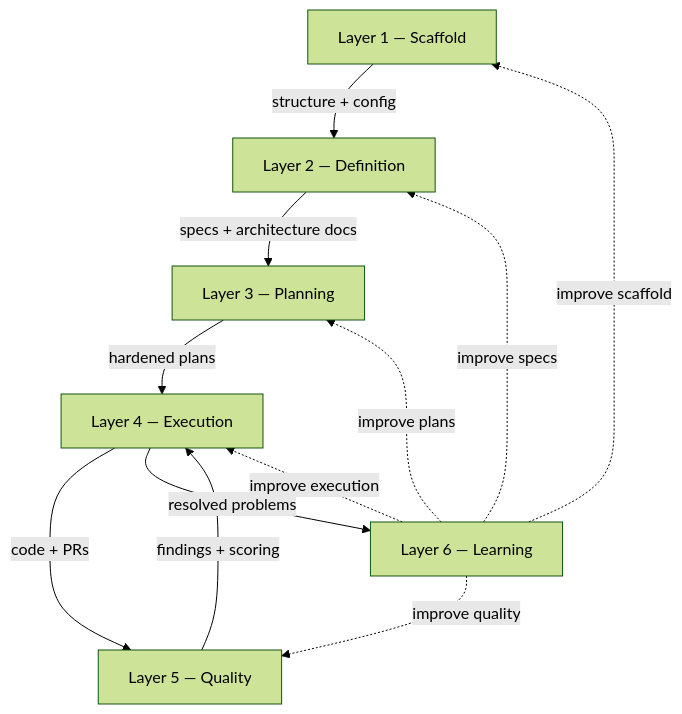
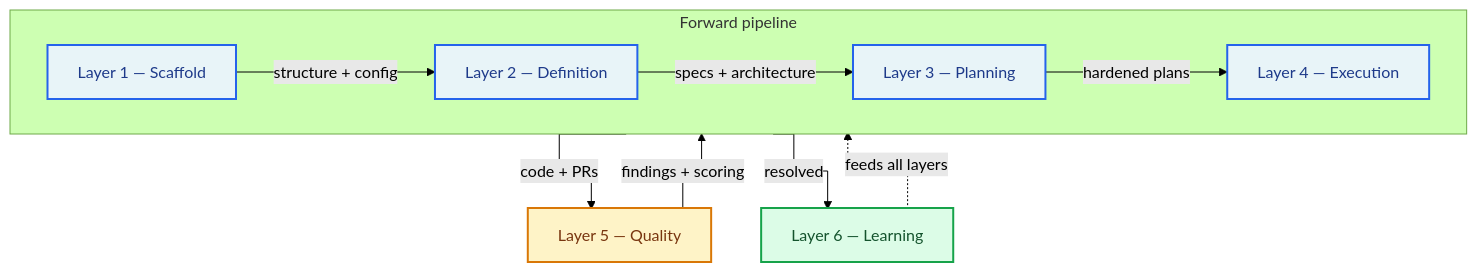
One commit to builtform/launchpad changed the first of 2 diagrams in docs/guides/METHODOLOGY.md. Above: the diagram before and after it, drawn with Mermaid (forest theme). The commit also changed other lines of this file and 380 other files, not shown here.

````diff
--- a/docs/guides/METHODOLOGY.md
+++ b/docs/guides/METHODOLOGY.md
@@ -19,21 +34,22 @@
 ```mermaid
+%%{init: {'flowchart': {'curve': 'stepAfter'}}}%%
 flowchart TD
-    L1["Layer 1 — Scaffold"]
-    L2["Layer 2 — Definition"]
-    L3["Layer 3 — Planning"]
-    L4["Layer 4 — Execution"]
-    L5["Layer 5 — Quality"]
-    L6["Layer 6 — Learning"]
+    subgraph pipe [" Forward pipeline "]
+        direction LR
+        L1["Layer 1 — Scaffold"] -->|"structure + config"| L2["Layer 2 — Definition"]
+        L2 -->|"specs + architecture"| L3["Layer 3 — Planning"]
+        L3 -->|"hardened plans"| L4["Layer 4 — Execution"]
+    end
 
-    L1 -->|"structure + config"| L2
-    L2 -->|"specs + architecture docs"| L3
-    L3 -->|"hardened plans"| L4
-    L4 -->|"code + PRs"| L5
+    L4 -->|"code + PRs"| L5["Layer 5 — Quality"]
     L5 -->|"findings + scoring"| L4
-    L4 -->|"resolved problems"| L6
-    L6 -.->|"improve scaffold"| L1
-    L6 -.->|"improve specs"| L2
-    L6 -.->|"improve plans"| L3
-    L6 -.->|"improve execution"| L4
-    L6 -.->|"improve quality"| L5
+    L4 -->|"resolved"| L6["Layer 6 — Learning"]
+    L6 -.->|"feeds all layers"| pipe
+
+    classDef pipelineLayer fill:#e8f4f8,stroke:#2563eb,stroke-width:2px,color:#1e3a8a
+    classDef qualityLayer  fill:#fef3c7,stroke:#d97706,stroke-width:2px,color:#78350f
+    classDef compoundLayer fill:#dcfce7,stroke:#16a34a,stroke-width:2px,color:#14532d
+    class L1,L2,L3,L4 pipelineLayer
+    class L5 qualityLayer
+    class L6 compoundLayer
 ```
````
